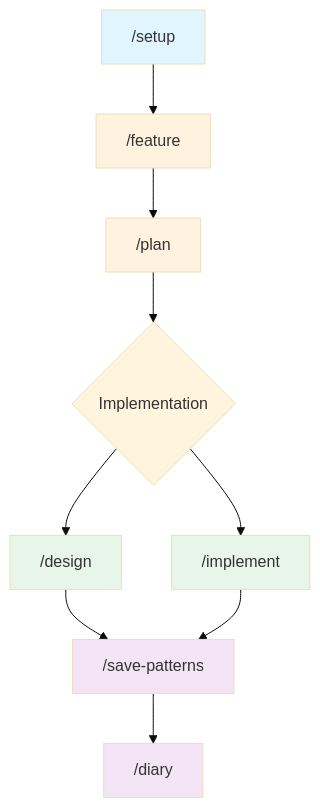
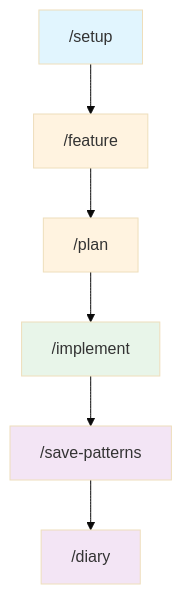
The third of 3 diagrams in design-intent/README.md (joaquimscosta/arkhe-claude-plugins), drawn with Mermaid (base theme) before and after one commit. The commit also changed other lines of this file and 6 other files, not shown here.

First line of the commit message:
refactor(design-intent): remove redundant /design command and enhance /implement

````diff
--- a/design-intent/README.md
+++ b/design-intent/README.md
@@ -151,24 +150,20 @@
 ```mermaid
 flowchart TD
     A["/setup"] --> B["/feature"]
     B --> C["/plan"]
-    C --> D{Implementation}
-    D --> E["/design"]
-    D --> F["/implement"]
-    E --> G["/save-patterns"]
-    F --> G
-    G --> H["/diary"]
+    C --> D["/implement"]
+    D --> E["/save-patterns"]
+    E --> F["/diary"]
 
     A:::init
     B:::spec
     C:::spec
-    E:::build
-    F:::build
-    G:::capture
-    H:::capture
+    D:::build
+    E:::capture
+    F:::capture
 
     classDef init fill:#e1f5fe
     classDef spec fill:#fff3e0
     classDef build fill:#e8f5e9
     classDef capture fill:#f3e5f5
 ```
````
